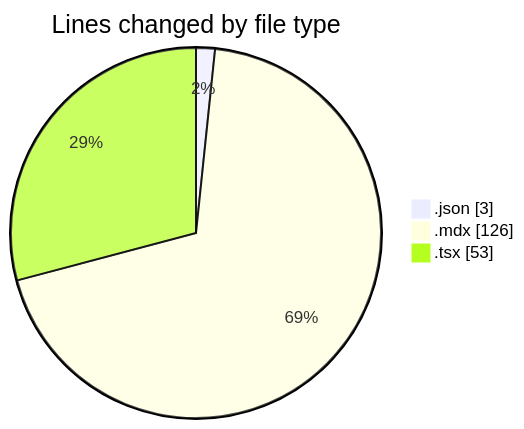
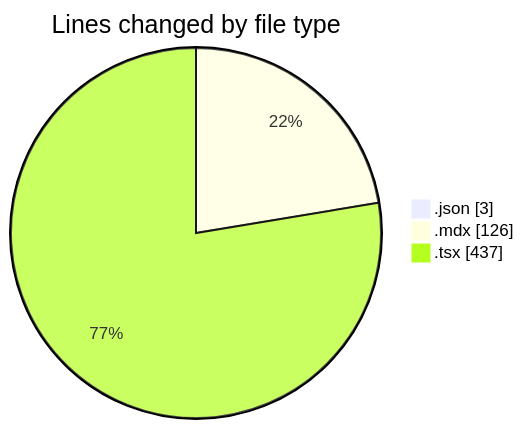
One commit to Elitesun/code-tracking changed the first of 2 diagrams in 2025-05-27/elitesun/README.md. Above: the diagram before and after it, drawn with Mermaid. The commit also changed other lines of this file and 1 other file, not shown here.

````diff
--- a/2025-05-27/elitesun/README.md
+++ b/2025-05-27/elitesun/README.md
@@ -25,7 +28,7 @@
 ```mermaid
 pie showData
 title Lines changed by file type
 ".json" : 3
 ".mdx" : 126
-".tsx" : 53
+".tsx" : 437
 ```
````
